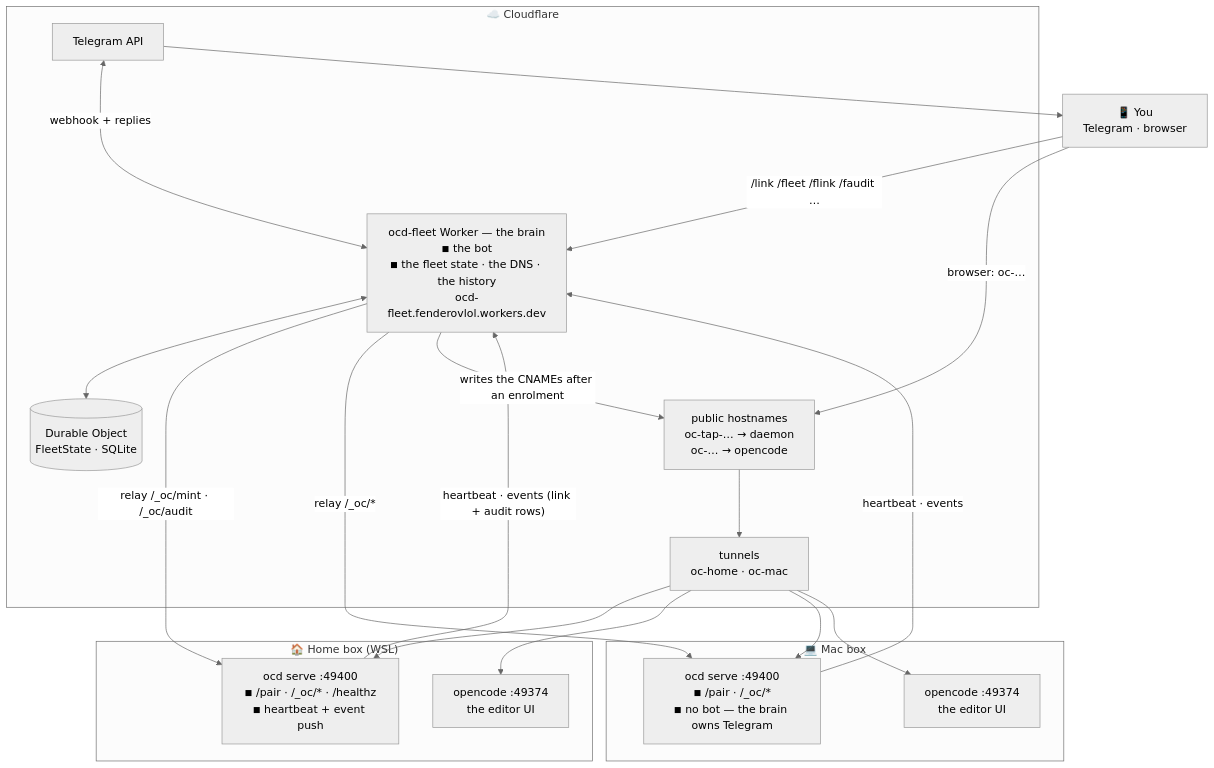
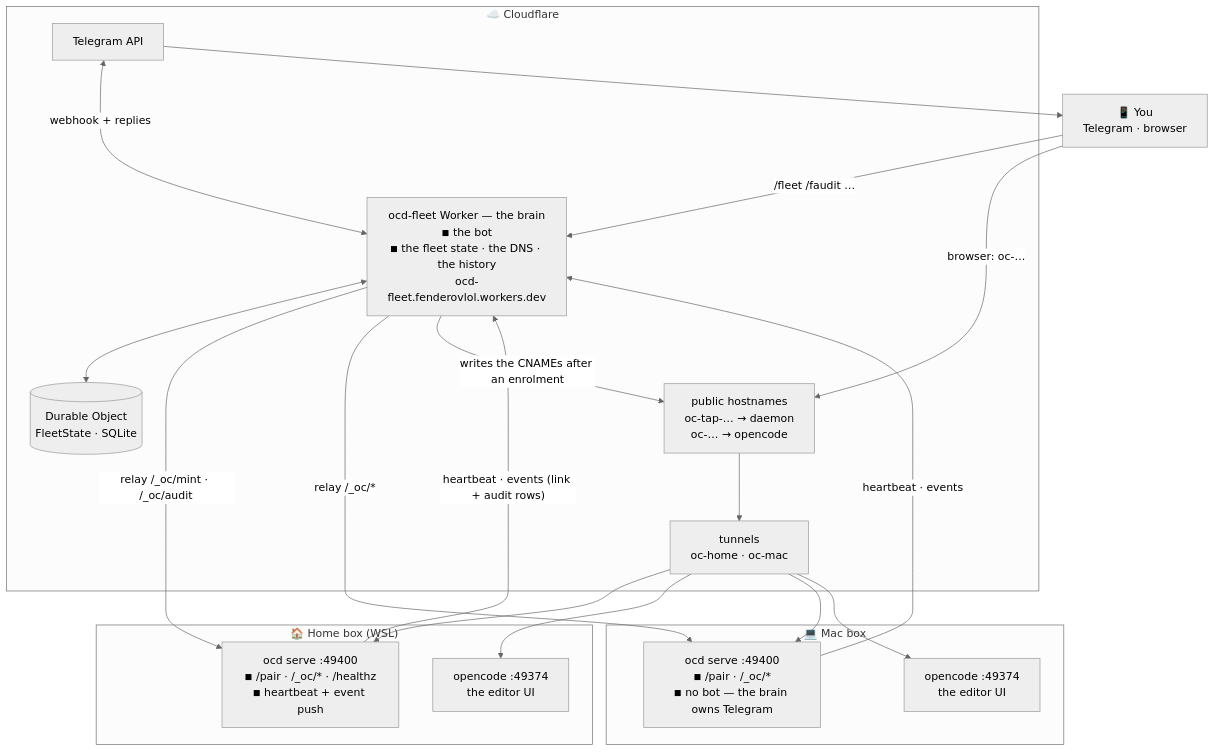
The first of 4 diagrams in docs/architecture.md (mfenderov/ocd), drawn with Mermaid (neutral theme) before and after one commit. The commit also changed other lines of this file and 11 other files, not shown here.

Commit message:
feat(worker): the fleet board owns every link; /flink, /link and /login are gone

````diff
--- a/docs/architecture.md
+++ b/docs/architecture.md
@@ -9,38 +9,38 @@
 ```mermaid
 flowchart TB
   U["📱 You<br/>Telegram · browser"]
 
   subgraph HOME["🏠 Home box (WSL)"]
     HD["ocd serve :49400<br/>◾ /pair · /_oc/* · /healthz<br/>◾ heartbeat + event push"]
     HE["opencode :49374<br/>the editor UI"]
   end
 
   subgraph MAC["💻 Mac box"]
     MD["ocd serve :49400<br/>◾ /pair · /_oc/*<br/>◾ no bot — the brain owns Telegram"]
     ME["opencode :49374<br/>the editor UI"]
   end
 
   subgraph CF["☁️ Cloudflare"]
     TGAPI["Telegram API"]
     W["ocd-fleet Worker — the brain<br/>◾ the bot<br/>◾ the fleet state · the DNS · the history<br/>ocd-fleet.fenderovlol.workers.dev"]
     DO[("Durable Object<br/>FleetState · SQLite")]
     TUN["tunnels<br/>oc-home · oc-mac"]
     DNS["public hostnames<br/>oc-tap-… → daemon<br/>oc-… → opencode"]
   end
 
-  U -->|"/link /fleet /flink /faudit …"| W
+  U -->|"/fleet /faudit …"| W
   TGAPI <-->|"webhook + replies"| W
   TGAPI --> U
   HD -->|"heartbeat · events (link + audit rows)"| W
   MD -->|"heartbeat · events"| W
   W <--> DO
   W -->|"relay /_oc/mint · /_oc/audit"| HD
   W -->|"relay /_oc/*"| MD
   W -->|"writes the CNAMEs after an enrolment"| DNS
   U -->|"browser: oc-…"| DNS
   DNS --> TUN
   TUN --> HD
   TUN --> HE
   TUN --> MD
   TUN --> ME
 ```
````
